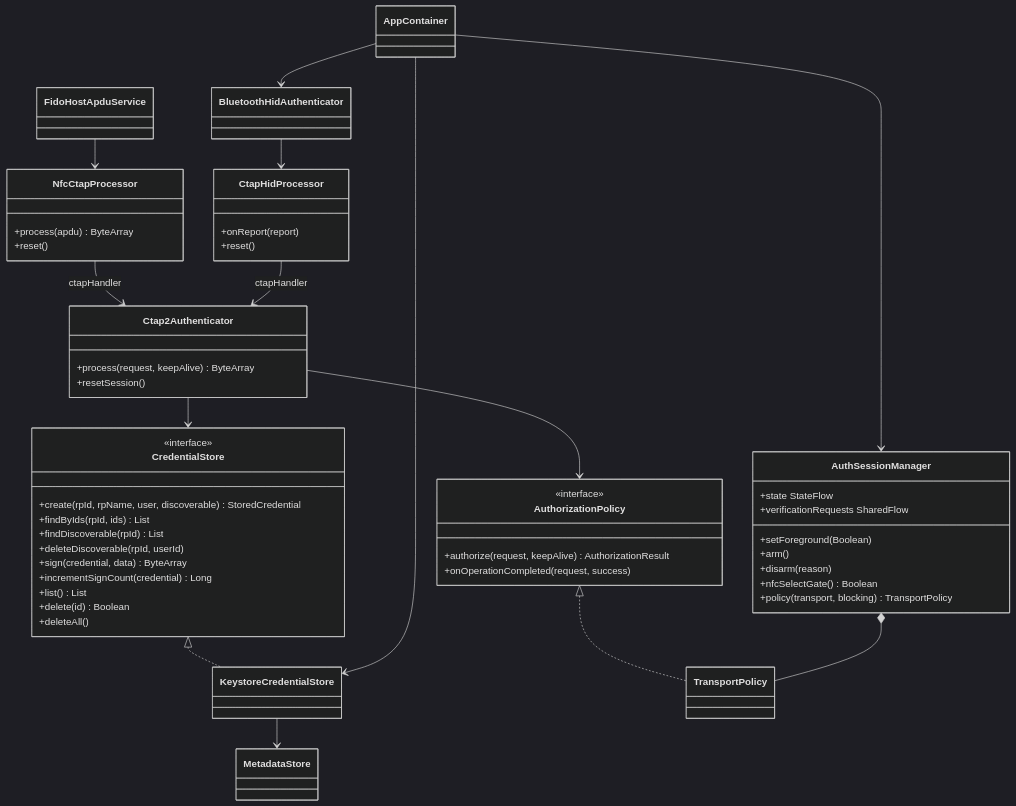
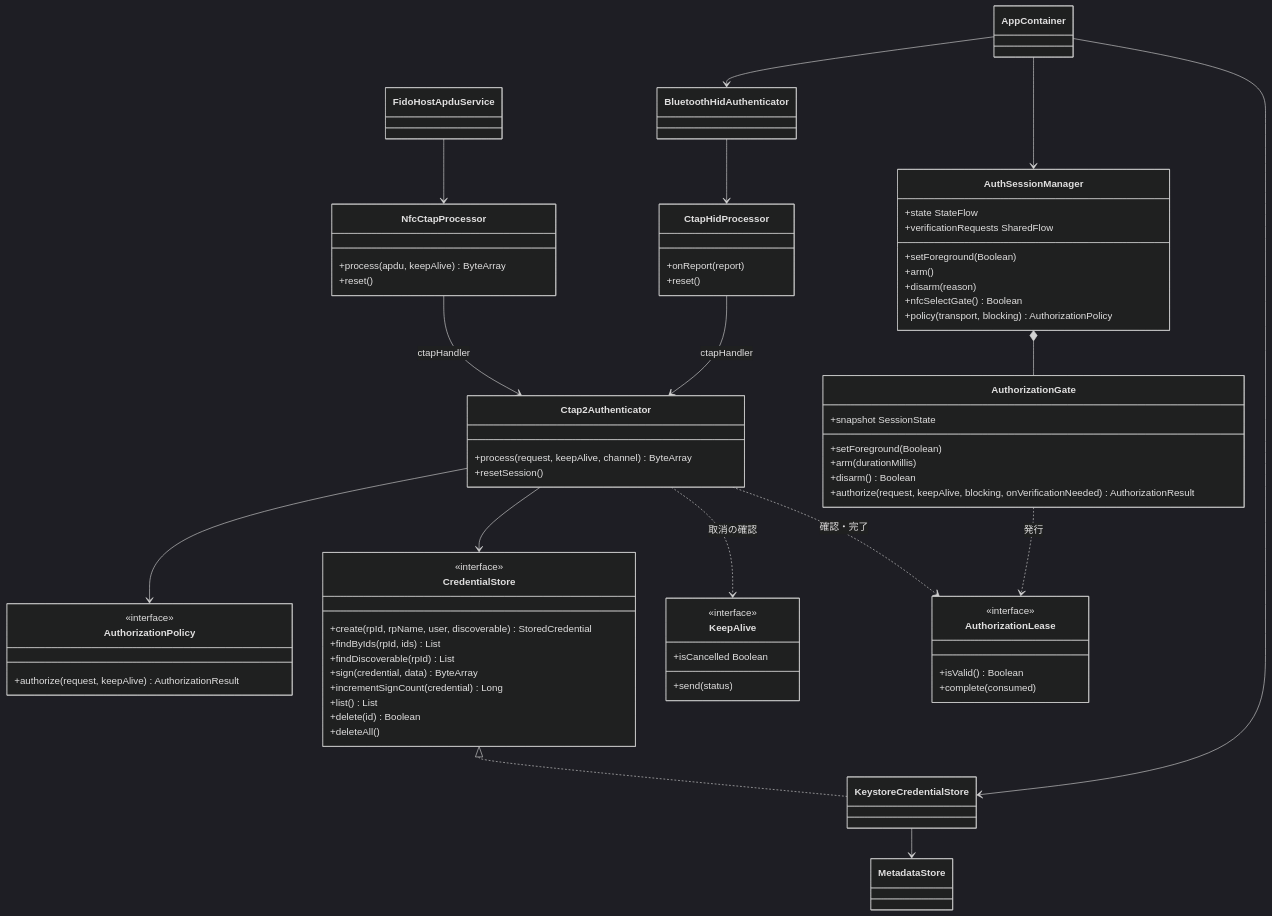
The first of 2 diagrams in docs/design/detail/04_modules.md (tecogonaz0439/TCAndroidKey), drawn with Mermaid (dark theme) before and after one commit. The commit also changed other lines of this file and 19 other files, not shown here.

````diff
--- a/docs/design/detail/04_modules.md
+++ b/docs/design/detail/04_modules.md
@@ -14,61 +15,77 @@
 ```mermaid
 classDiagram
     class Ctap2Authenticator {
-        +process(request, keepAlive) ByteArray
+        +process(request, keepAlive, channel) ByteArray
         +resetSession()
     }
     class CredentialStore {
         <<interface>>
         +create(rpId, rpName, user, discoverable) StoredCredential
         +findByIds(rpId, ids) List
         +findDiscoverable(rpId) List
-        +deleteDiscoverable(rpId, userId)
         +sign(credential, data) ByteArray
         +incrementSignCount(credential) Long
         +list() List
         +delete(id) Boolean
         +deleteAll()
     }
     class AuthorizationPolicy {
         <<interface>>
         +authorize(request, keepAlive) AuthorizationResult
-        +onOperationCompleted(request, success)
+    }
+    class AuthorizationLease {
+        <<interface>>
+        +isValid() Boolean
+        +complete(consumed)
+    }
+    class KeepAlive {
+        <<interface>>
+        +send(status)
+        +isCancelled Boolean
+    }
+    class AuthorizationGate {
+        +snapshot SessionState
+        +setForeground(Boolean)
+        +arm(durationMillis)
+        +disarm() Boolean
+        +authorize(request, keepAlive, blocking, onVerificationNeeded) AuthorizationResult
     }
     class NfcCtapProcessor {
-        +process(apdu) ByteArray
+        +process(apdu, keepAlive) ByteArray
         +reset()
     }
     class CtapHidProcessor {
         +onReport(report)
         +reset()
     }
     class KeystoreCredentialStore
     class MetadataStore
     class AuthSessionManager {
         +state StateFlow
         +verificationRequests SharedFlow
         +setForeground(Boolean)
         +arm()
         +disarm(reason)
         +nfcSelectGate() Boolean
-        +policy(transport, blocking) TransportPolicy
+        +policy(transport, blocking) AuthorizationPolicy
     }
-    class TransportPolicy
     class FidoHostApduService
     class BluetoothHidAuthenticator
     class AppContainer
 
     CredentialStore <|.. KeystoreCredentialStore
-    AuthorizationPolicy <|.. TransportPolicy
-    AuthSessionManager *-- TransportPolicy
+    AuthSessionManager *-- AuthorizationGate
+    AuthorizationGate ..> AuthorizationLease : 発行
+    Ctap2Authenticator ..> AuthorizationLease : 確認・完了
+    Ctap2Authenticator ..> KeepAlive : 取消の確認
     KeystoreCredentialStore --> MetadataStore
     Ctap2Authenticator --> CredentialStore
     Ctap2Authenticator --> AuthorizationPolicy
     NfcCtapProcessor --> Ctap2Authenticator : ctapHandler
     CtapHidProcessor --> Ctap2Authenticator : ctapHandler
     FidoHostApduService --> NfcCtapProcessor
     BluetoothHidAuthenticator --> CtapHidProcessor
     AppContainer --> KeystoreCredentialStore
     AppContainer --> AuthSessionManager
     AppContainer --> BluetoothHidAuthenticator
 ```
````
